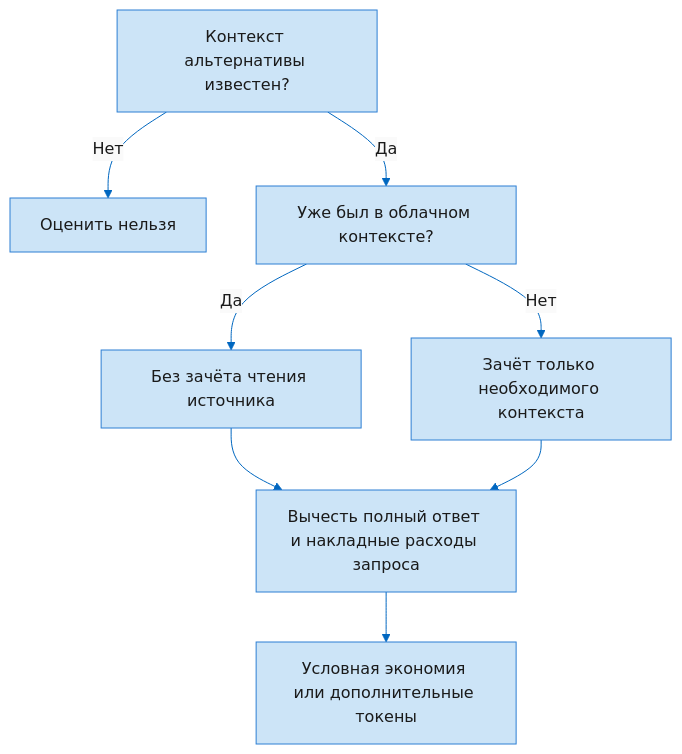
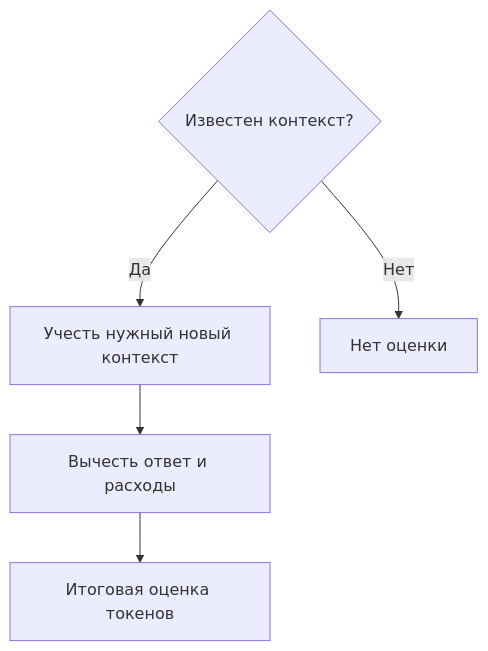
Before and after one commit to MrAliev/local-ai-toolkit: the diagram in docs/wiki/Token-estimates.ru.md, drawn with Mermaid. The commit also changed other lines of this file and 30 other files, not shown here.

````diff
--- a/docs/wiki/Token-estimates.ru.md
+++ b/docs/wiki/Token-estimates.ru.md
@@ -9,21 +11,7 @@
 ```mermaid
----
-config:
-  theme: base
-  themeVariables:
-    primaryColor: "#CCE4F7"
-    primaryTextColor: "#1A1A1A"
-    primaryBorderColor: "#2D7FD3"
-    lineColor: "#0067C0"
-    secondaryColor: "#FAFAFA"
-    tertiaryColor: "#F3F3F3"
----
-flowchart TD
-  task["Контекст альтернативы известен?"] -->|Нет| unknown["Оценить нельзя"]
-  task -->|Да| seen["Уже был в облачном контексте?"]
-  seen -->|Да| zero["Без зачёта чтения источника"]
-  seen -->|Нет| credit["Зачёт только необходимого контекста"]
-  zero --> cost["Вычесть полный ответ и накладные расходы запроса"]
-  credit --> cost
-  cost --> result["Условная экономия или дополнительные токены"]
+flowchart TB
+  task{"Известен контекст?"} -->|Да| credit["Учесть нужный новый контекст"]
+  task -->|Нет| unknown["Нет оценки"]
+  credit --> cost["Вычесть ответ и расходы"]
+  cost --> result["Итоговая оценка токенов"]
 ```
````
